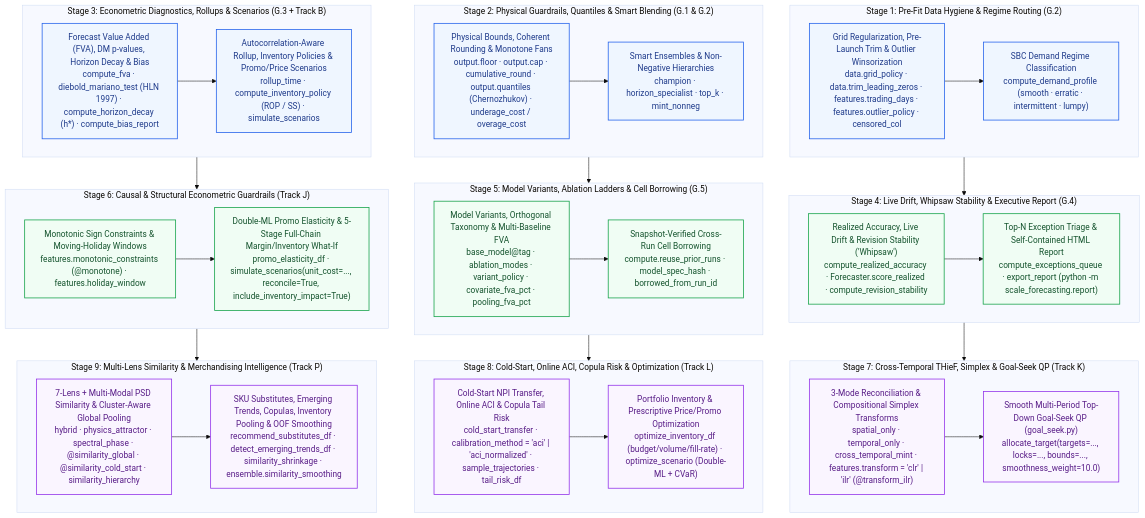
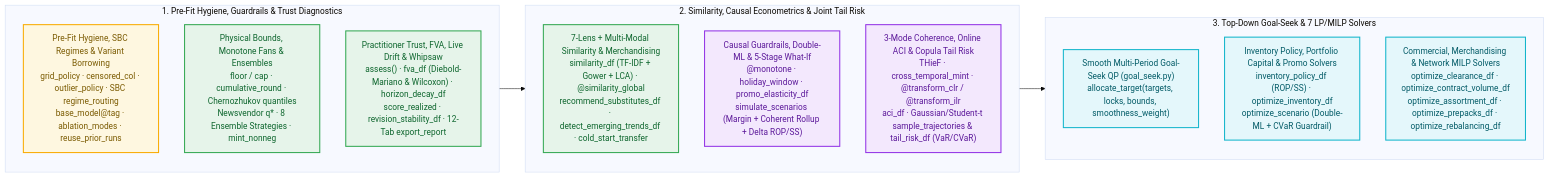
One commit to statmike/scale-forecasting changed the first of 6 diagrams in docs/forecaster_workbench.md. Above: the diagram before and after it, drawn with Mermaid (base theme). The commit also changed other lines of this file and 26 other files, not shown here.

Commit message:
docs(architecture): progressive 9-level visual architecture atlas, 8 hero diagrams & live parity tripwires

````diff
--- a/docs/forecaster_workbench.md
+++ b/docs/forecaster_workbench.md
@@ -5,64 +5,34 @@
 ```mermaid
-flowchart TD
-    classDef g1 fill:#eff6ff,stroke:#2563eb,stroke-width:1.5px,color:#1e3a8a
-    classDef g2 fill:#f0fdf4,stroke:#16a34a,stroke-width:1.5px,color:#14532d
-    classDef g3 fill:#faf5ff,stroke:#9333ea,stroke-width:1.5px,color:#581c87
-
-    subgraph S1["Stage 1: Pre-Fit Data Hygiene & Regime Routing (G.2)"]
-        H1["Grid Regularization, Pre-Launch Trim & Outlier Winsorization<br/>data.grid_policy · data.trim_leading_zeros · features.trading_days · features.outlier_policy · censored_col"]:::g1
-        H2["SBC Demand Regime Classification<br/>compute_demand_profile (smooth · erratic · intermittent · lumpy)"]:::g1
-        H1 --> H2
+flowchart LR
+    subgraph COL1["1. Pre-Fit Hygiene, Guardrails & Trust Diagnostics"]
+        direction TB
+        S1["Pre-Fit Hygiene, SBC Regimes & Variant Borrowing<br/>grid_policy · censored_col · outlier_policy · SBC regime_routing<br/>base_model@tag · ablation_modes · reuse_prior_runs"]
+        S2["Physical Bounds, Monotone Fans & Ensembles<br/>floor / cap · cumulative_round · Chernozhukov quantiles<br/>Newsvendor q* · 8 Ensemble Strategies · mint_nonneg"]
+        S3["Practitioner Trust, FVA, Live Drift & Whipsaw<br/>assess() · fva_df (Diebold-Mariano & Wilcoxon) · horizon_decay_df<br/>score_realized · revision_stability_df · 12-Tab export_report"]
     end
 
-    subgraph S2["Stage 2: Physical Guardrails, Quantiles & Smart Blending (G.1 & G.2)"]
-        B1["Physical Bounds, Coherent Rounding & Monotone Fans<br/>output.floor · output.cap · cumulative_round · output.quantiles (Chernozhukov) · underage_cost / overage_cost"]:::g1
-        B2["Smart Ensembles & Non-Negative Hierarchies<br/>champion · horizon_specialist · top_k · mint_nonneg"]:::g1
-        B1 --> B2
+    subgraph COL2["2. Similarity, Causal Econometrics & Joint Tail Risk"]
+        direction TB
+        S4["7-Lens + Multi-Modal Similarity & Merchandising<br/>similarity_df (TF-IDF + Gower + LCA) · @similarity_global<br/>recommend_substitutes_df · detect_emerging_trends_df · cold_start_transfer"]
+        S5["Causal Guardrails, Double-ML & 5-Stage What-If<br/>@monotone · holiday_window · promo_elasticity_df<br/>simulate_scenarios (Margin + Coherent Rollup + Delta ROP/SS)"]
+        S6["3-Mode Coherence, Online ACI & Copula Tail Risk<br/>THieF · cross_temporal_mint · @transform_clr / @transform_ilr<br/>aci_df · Gaussian/Student-t sample_trajectories & tail_risk_df (VaR/CVaR)"]
     end
 
-    subgraph S3["Stage 3: Econometric Diagnostics, Rollups & Scenarios (G.3 + Track B)"]
-        D1["Forecast Value Added (FVA), DM p-values, Horizon Decay & Bias<br/>compute_fva · diebold_mariano_test (HLN 1997) · compute_horizon_decay (h*) · compute_bias_report"]:::g1
-        D2["Autocorrelation-Aware Rollup, Inventory Policies & Promo/Price Scenarios<br/>rollup_time · compute_inventory_policy (ROP / SS) · simulate_scenarios"]:::g1
-        D1 --> D2
+    subgraph COL3["3. Top-Down Goal-Seek & 7 LP/MILP Solvers"]
+        direction TB
+        S7["Smooth Multi-Period Goal-Seek QP (goal_seek.py)<br/>allocate_target(targets, locks, bounds, smoothness_weight)"]
+        S8["Inventory Policy, Portfolio Capital & Promo Solvers<br/>inventory_policy_df (ROP/SS) · optimize_inventory_df<br/>optimize_scenario (Double-ML + CVaR Guardrail)"]
+        S9["Commercial, Merchandising & Network MILP Solvers<br/>optimize_clearance_df · optimize_contract_volume_df<br/>optimize_assortment_df · optimize_prepacks_df · optimize_rebalancing_df"]
     end
 
-    subgraph S4["Stage 4: Live Drift, Whipsaw Stability & Executive Report (G.4)"]
-        L1["Realized Accuracy, Live Drift & Revision Stability ('Whipsaw')<br/>compute_realized_accuracy · Forecaster.score_realized · compute_revision_stability"]:::g2
-        L2["Top-N Exception Triage & Self-Contained HTML Report<br/>compute_exceptions_queue · export_report (python -m scale_forecasting.report)"]:::g2
-        L1 --> L2
-    end
+    COL1 --> COL2 --> COL3
 
-    subgraph S5["Stage 5: Model Variants, Ablation Ladders & Cell Borrowing (G.5)"]
-        V1["Model Variants, Orthogonal Taxonomy & Multi-Baseline FVA<br/>base_model@tag · ablation_modes · variant_policy · covariate_fva_pct · pooling_fva_pct"]:::g2
-        V2["Snapshot-Verified Cross-Run Cell Borrowing<br/>compute.reuse_prior_runs · model_spec_hash · borrowed_from_run_id"]:::g2
-        V1 --> V2
-    end
-
-    subgraph S6["Stage 6: Causal & Structural Econometric Guardrails (Track J)"]
-        J1["Monotonic Sign Constraints & Moving-Holiday Windows<br/>features.monotonic_constraints (@monotone) · features.holiday_window"]:::g2
-        J2["Double-ML Promo Elasticity & 5-Stage Full-Chain Margin/Inventory What-If<br/>promo_elasticity_df · simulate_scenarios(unit_cost=..., reconcile=True, include_inventory_impact=True)"]:::g2
-        J1 --> J2
-    end
-
-    subgraph S7["Stage 7: Cross-Temporal THieF, Simplex & Goal-Seek QP (Track K)"]
-        K1["3-Mode Reconciliation & Compositional Simplex Transforms<br/>spatial_only · temporal_only · cross_temporal_mint · features.transform = 'clr' | 'ilr' (@transform_ilr)"]:::g3
-        K2["Smooth Multi-Period Top-Down Goal-Seek QP (goal_seek.py)<br/>allocate_target(targets=..., locks=..., bounds=..., smoothness_weight=10.0)"]:::g3
-        K1 --> K2
-    end
-
-    subgraph S8["Stage 8: Cold-Start, Online ACI, Copula Risk & Optimization (Track L)"]
-        M1["Cold-Start NPI Transfer, Online ACI & Copula Tail Risk<br/>cold_start_transfer · calibration_method = 'aci' | 'aci_normalized' · sample_trajectories · tail_risk_df"]:::g3
-        M2["Portfolio Inventory & Prescriptive Price/Promo Optimization<br/>optimize_inventory_df (budget/volume/fill-rate) · optimize_scenario (Double-ML + CVaR)"]:::g3
-        M1 --> M2
-    end
-
-    subgraph S9["Stage 9: Multi-Lens Similarity & Merchandising Intelligence (Track P)"]
-        P_SIM1["7-Lens + Multi-Modal PSD Similarity & Cluster-Aware Global Pooling<br/>hybrid · physics_attractor · spectral_phase · @similarity_global · @similarity_cold_start · similarity_hierarchy"]:::g3
-        P_SIM2["SKU Substitutes, Emerging Trends, Copulas, Inventory Pooling & OOF Smoothing<br/>recommend_substitutes_df · detect_emerging_trends_df · similarity_shrinkage · ensemble.similarity_smoothing"]:::g3
-        P_SIM1 --> P_SIM2
-    end
-
-    S1 --> S4 --> S7
-    S2 --> S5 --> S8
-    S3 --> S6 --> S9
+    classDef config fill:#FEF7E0,stroke:#F9AB00,stroke-width:2px,color:#7A5A00
+    classDef compute fill:#E6F4EA,stroke:#34A853,stroke-width:2px,color:#0D652D
+    classDef semantic fill:#F3E8FD,stroke:#9334E6,stroke-width:2px,color:#5B1799
+    classDef decision fill:#E4F7FB,stroke:#12B5CB,stroke-width:2px,color:#005A66
+    class S1 config
+    class S2,S3,S4 compute
+    class S5,S6 semantic
+    class S7,S8,S9 decision
 ```
````
